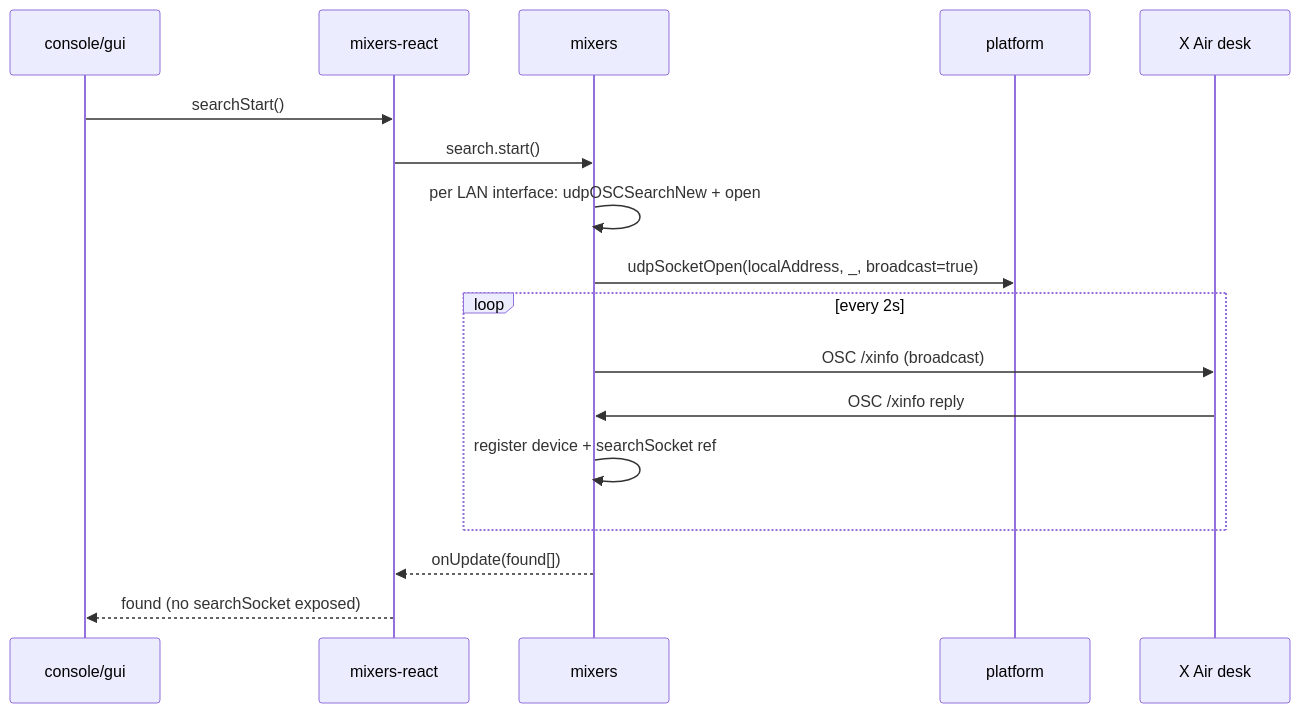
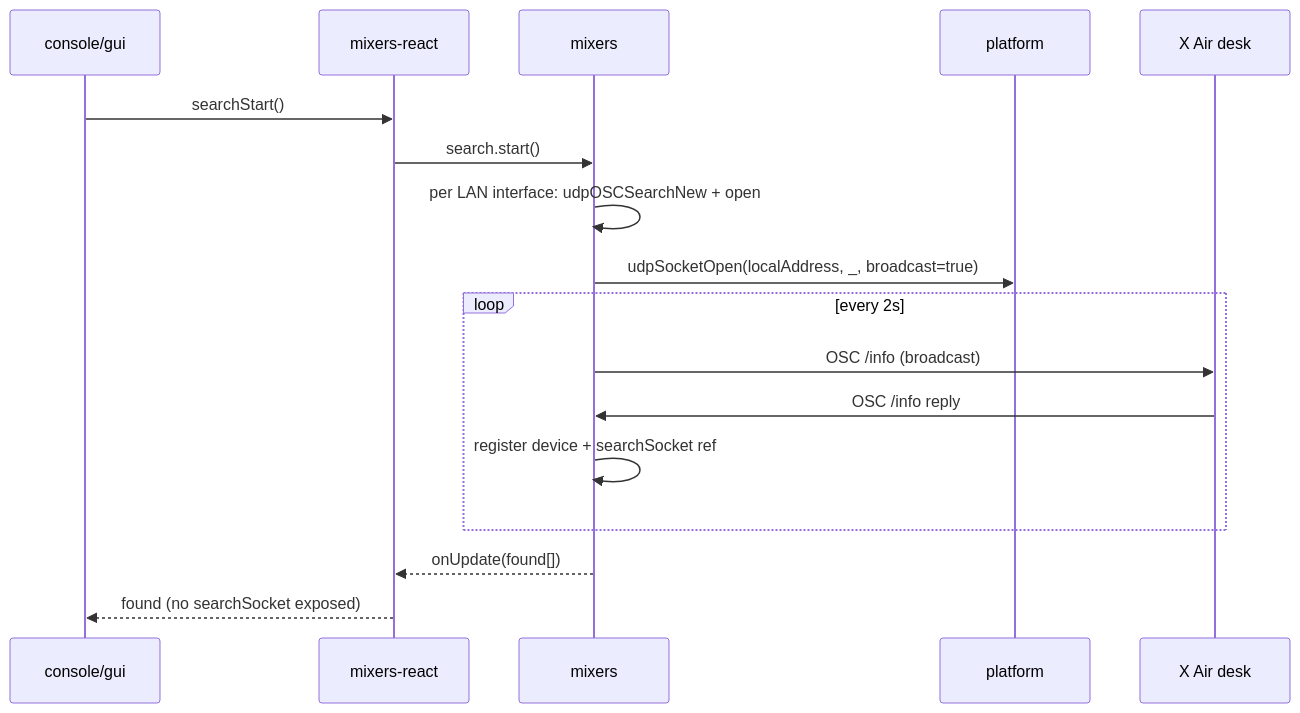
One commit to matiasbarrios/magical-mixing-console changed the first of 3 diagrams in docs/reference/CONNECTIVITY.md. Above: the diagram before and after it, drawn with Mermaid. The commit also changed other lines of this file and 156 other files, not shown here.

````diff
--- a/docs/reference/CONNECTIVITY.md
+++ b/docs/reference/CONNECTIVITY.md
@@ -211,20 +211,20 @@
 ```mermaid
 sequenceDiagram
     participant GUI as console/gui
     participant MR as mixers-react
     participant M as mixers
     participant P as platform
     participant Desk as X Air desk
 
     GUI->>MR: searchStart()
     MR->>M: search.start()
     M->>M: per LAN interface: udpOSCSearchNew + open
     M->>P: udpSocketOpen(localAddress, _, broadcast=true)
     loop every 2s
-        M->>Desk: OSC /xinfo (broadcast)
-        Desk->>M: OSC /xinfo reply
+        M->>Desk: OSC /info (broadcast)
+        Desk->>M: OSC /info reply
         M->>M: register device + searchSocket ref
     end
     M-->>MR: onUpdate(found[])
     MR-->>GUI: found (no searchSocket exposed)
 ```
````
